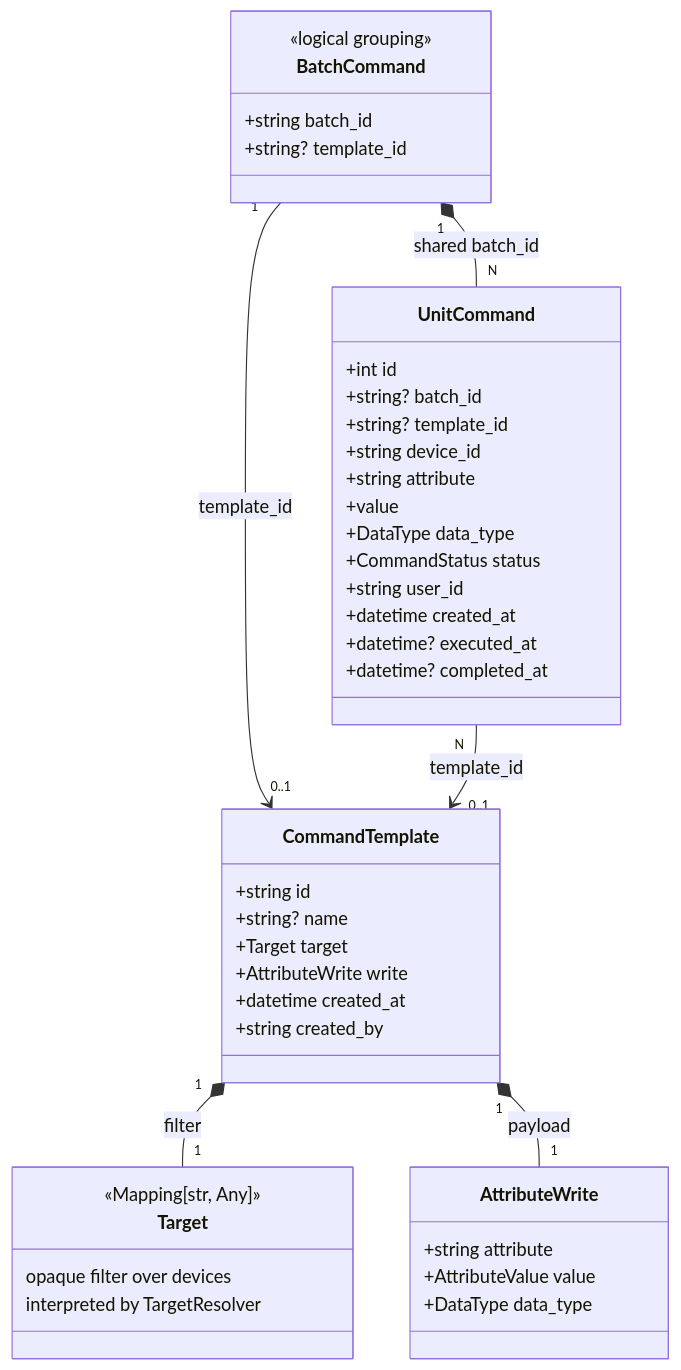
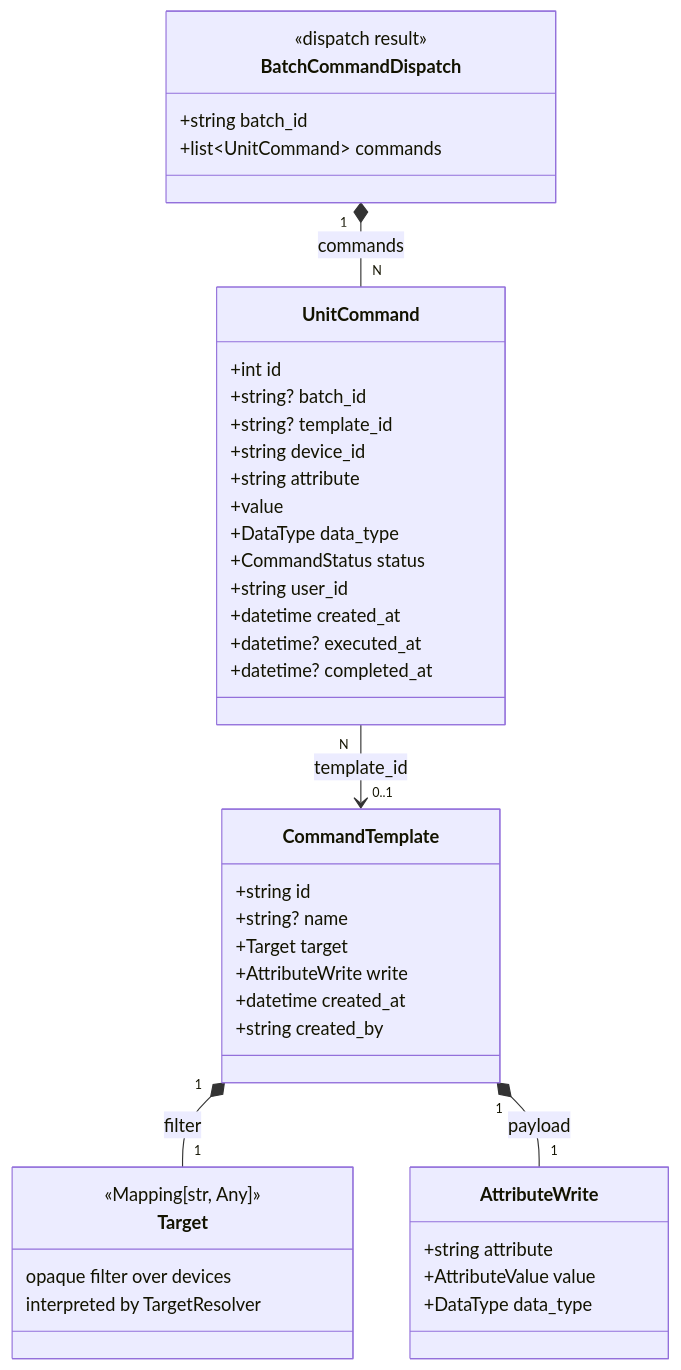
The first of 2 diagrams in packages/commands/README.md (Agrid-Dev/gridone), drawn with Mermaid before and after one commit. The commit also changed other lines of this file and 17 other files, not shown here.

First line of the commit message:
feat(commands): return BatchCommandDispatch and capture output_id in automations

````diff
--- a/packages/commands/README.md
+++ b/packages/commands/README.md
@@ -9,50 +9,49 @@
 ```mermaid
 classDiagram
     class AttributeWrite {
         +string attribute
         +AttributeValue value
         +DataType data_type
     }
 
     class Target {
         <<Mapping[str, Any]>>
         opaque filter over devices
         interpreted by TargetResolver
     }
 
     class CommandTemplate {
         +string id
         +string? name
         +Target target
         +AttributeWrite write
         +datetime created_at
         +string created_by
     }
 
-    class BatchCommand {
-        <<logical grouping>>
+    class BatchCommandDispatch {
+        <<dispatch result>>
         +string batch_id
-        +string? template_id
+        +list~UnitCommand~ commands
     }
 
     class UnitCommand {
         +int id
         +string? batch_id
         +string? template_id
         +string device_id
         +string attribute
         +value
         +DataType data_type
         +CommandStatus status
         +string user_id
         +datetime created_at
         +datetime? executed_at
         +datetime? completed_at
     }
 
     CommandTemplate "1" *-- "1" Target : filter
     CommandTemplate "1" *-- "1" AttributeWrite : payload
-    BatchCommand "1" --> "0..1" CommandTemplate : template_id
-    BatchCommand "1" *-- "N" UnitCommand : shared batch_id
+    BatchCommandDispatch "1" *-- "N" UnitCommand : commands
     UnitCommand "N" --> "0..1" CommandTemplate : template_id
 ```
````
